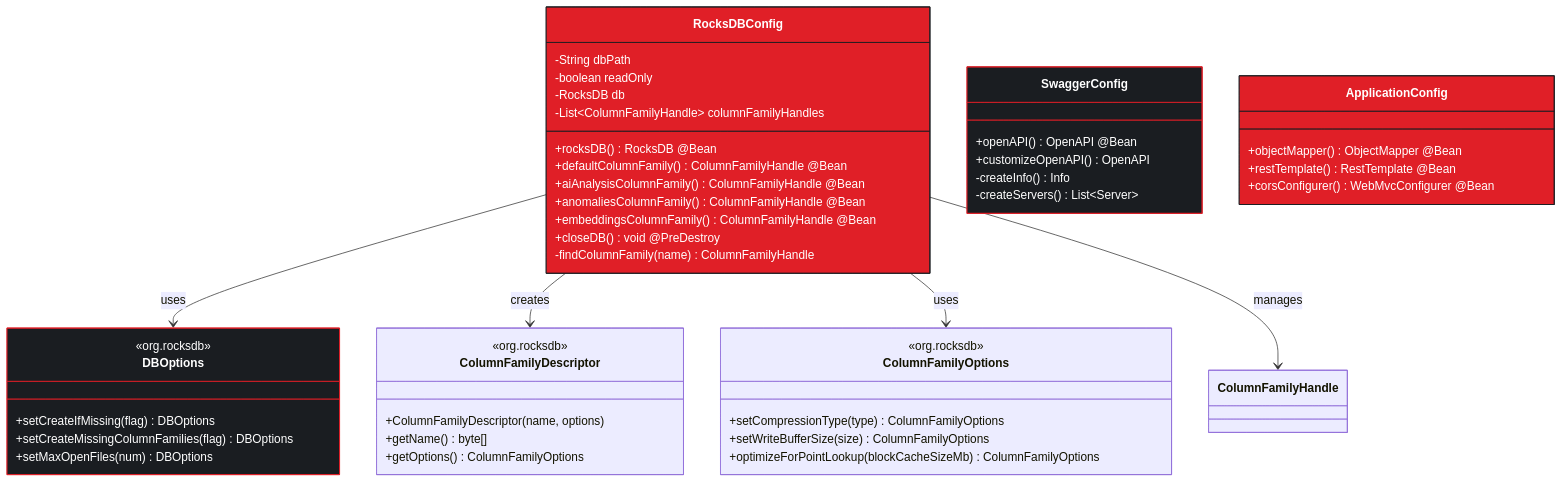
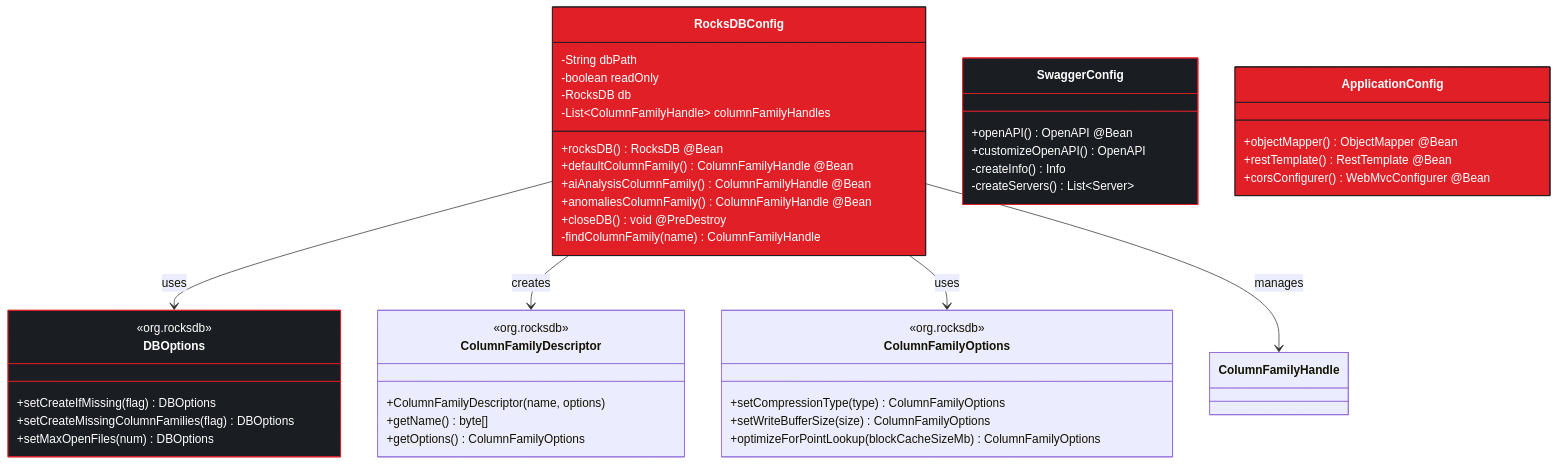
Before and after one commit to joselor/streamguard: the ninth of 11 diagrams in docs/final/diagrams/CLASS_DIAGRAMS.md, drawn with Mermaid. The commit also changed other lines of this file and 14 other files, not shown here.

````diff
--- a/docs/final/diagrams/CLASS_DIAGRAMS.md
+++ b/docs/final/diagrams/CLASS_DIAGRAMS.md
@@ -579,60 +563,59 @@
 ```mermaid
 classDiagram
     class RocksDBConfig {
         -String dbPath
         -boolean readOnly
         -RocksDB db
         -List~ColumnFamilyHandle~ columnFamilyHandles
         +rocksDB() RocksDB @Bean
         +defaultColumnFamily() ColumnFamilyHandle @Bean
         +aiAnalysisColumnFamily() ColumnFamilyHandle @Bean
         +anomaliesColumnFamily() ColumnFamilyHandle @Bean
-        +embeddingsColumnFamily() ColumnFamilyHandle @Bean
         +closeDB() void @PreDestroy
         -findColumnFamily(name) ColumnFamilyHandle
     }
 
     class SwaggerConfig {
         +openAPI() OpenAPI @Bean
         +customizeOpenAPI() OpenAPI
         -createInfo() Info
         -createServers() List~Server~
     }
 
     class ApplicationConfig {
         +objectMapper() ObjectMapper @Bean
         +restTemplate() RestTemplate @Bean
         +corsConfigurer() WebMvcConfigurer @Bean
     }
 
     class DBOptions {
         <<org.rocksdb>>
         +setCreateIfMissing(flag) DBOptions
         +setCreateMissingColumnFamilies(flag) DBOptions
         +setMaxOpenFiles(num) DBOptions
     }
 
     class ColumnFamilyDescriptor {
         <<org.rocksdb>>
         +ColumnFamilyDescriptor(name, options)
         +getName() byte[]
         +getOptions() ColumnFamilyOptions
     }
 
     class ColumnFamilyOptions {
         <<org.rocksdb>>
         +setCompressionType(type) ColumnFamilyOptions
         +setWriteBufferSize(size) ColumnFamilyOptions
         +optimizeForPointLookup(blockCacheSizeMb) ColumnFamilyOptions
     }
 
     RocksDBConfig --> DBOptions : uses
     RocksDBConfig --> ColumnFamilyDescriptor : creates
     RocksDBConfig --> ColumnFamilyOptions : uses
     RocksDBConfig --> ColumnFamilyHandle : manages
 
     style RocksDBConfig fill:#E01F27,stroke:#1A1D21,color:#fff
     style SwaggerConfig fill:#1A1D21,stroke:#E01F27,color:#fff
     style ApplicationConfig fill:#E01F27,stroke:#1A1D21,color:#fff
     style DBOptions fill:#1A1D21,stroke:#E01F27,color:#fff
 ```
````
